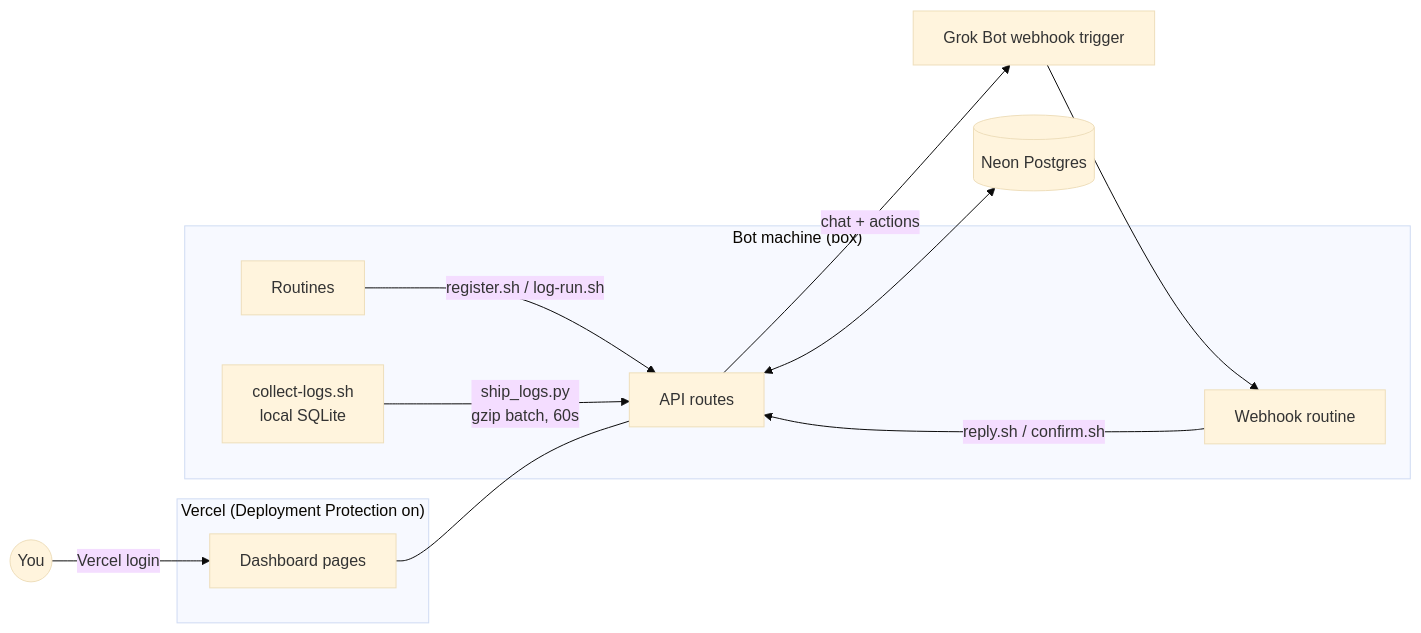
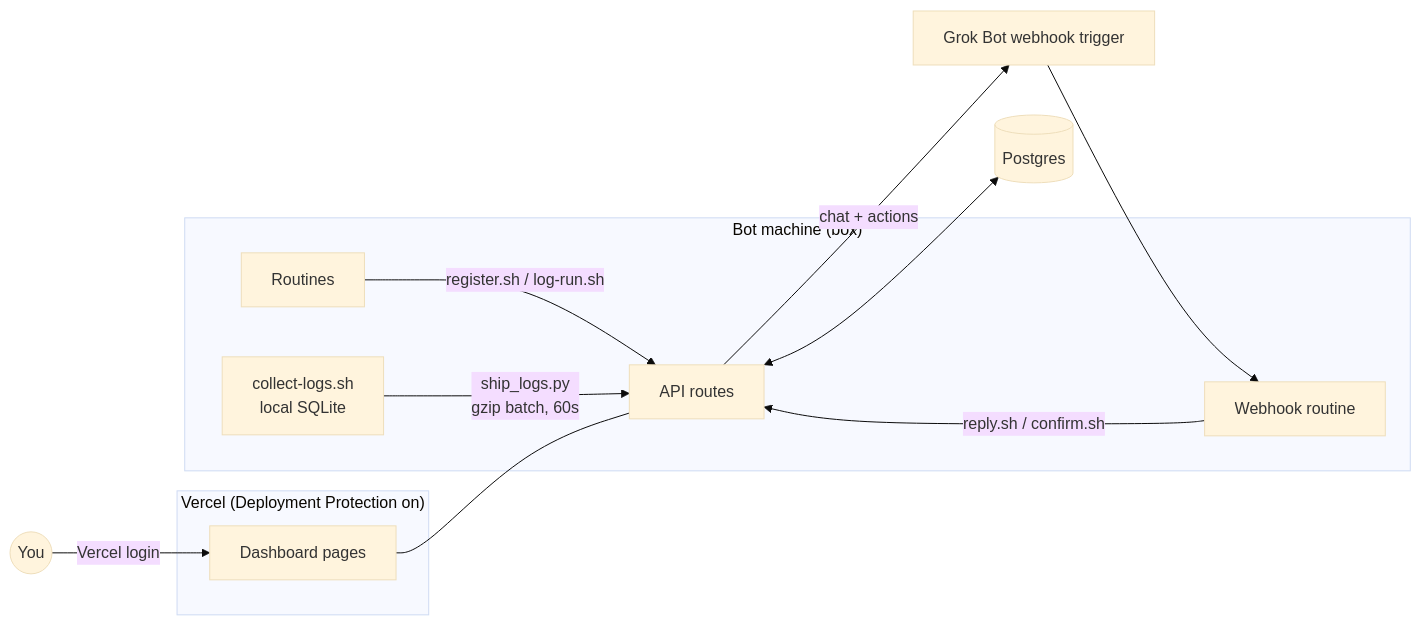
One commit to devrecated/grokbot-management-console changed the diagram in README.md. Above: the diagram before and after it, drawn with Mermaid (base theme). The commit also changed other lines of this file and 36 other files, not shown here.

````diff
--- a/README.md
+++ b/README.md
@@ -11,14 +57,14 @@
 ```mermaid
 flowchart LR
   subgraph Box["Bot machine (box)"]
     R[Routines] -->|register.sh / log-run.sh| API
     W[Webhook routine] -->|reply.sh / confirm.sh| API
     C[collect-logs.sh<br/>local SQLite] -->|ship_logs.py<br/>gzip batch, 60s| API
   end
   subgraph Vercel["Vercel (Deployment Protection on)"]
     UI[Dashboard pages] --- API[API routes]
   end
-  API <--> DB[(Neon Postgres)]
+  API <--> DB[(Postgres)]
   You((You)) -->|Vercel login| UI
   API -->|chat + actions| HOOK[Grok Bot webhook trigger] --> W
 ```
````
